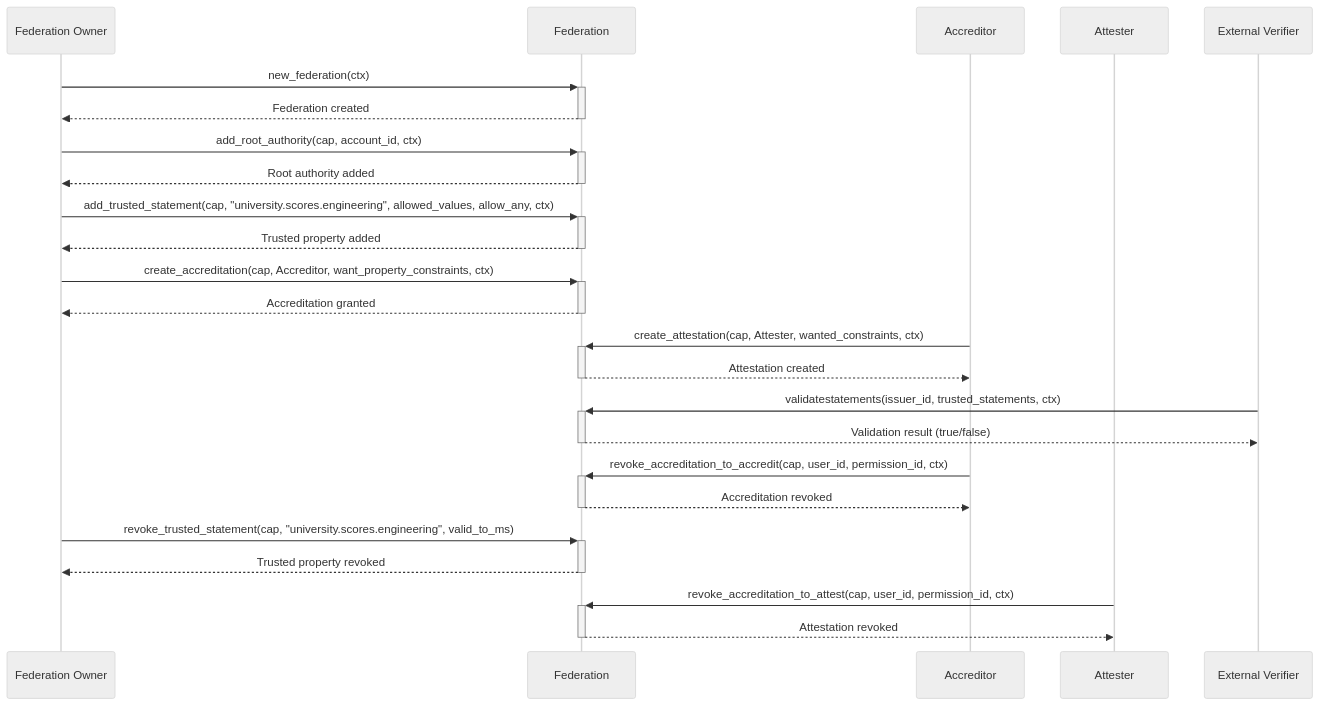
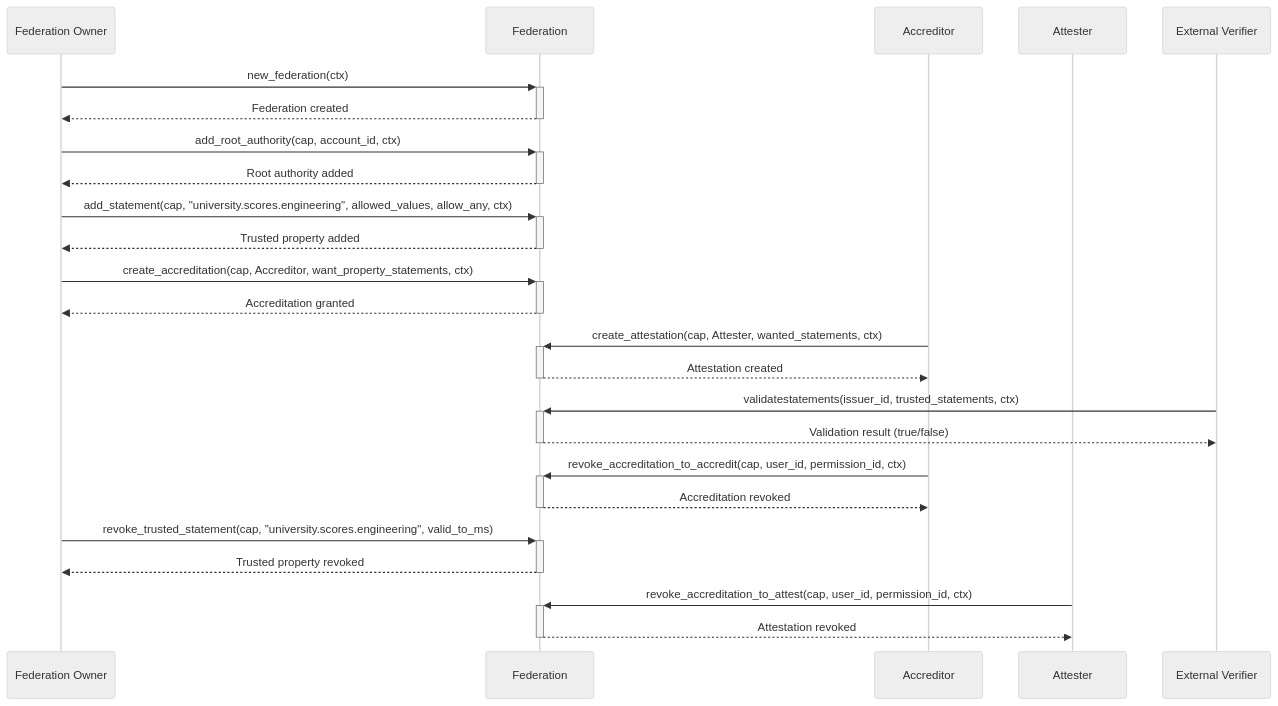
One commit to iotaledger/hierarchies changed the third of 3 diagrams in README.md. Above: the diagram before and after it, drawn with Mermaid (neutral theme). The commit also changed other lines of this file and 23 other files, not shown here.

````diff
--- a/README.md
+++ b/README.md
@@ -259,35 +259,35 @@
 ```mermaid
 sequenceDiagram
     participant FederationOwner as Federation Owner
     participant Federation
     participant Accreditor
     participant Attester
     participant Verifier as External Verifier
 
     FederationOwner->>+Federation: new_federation(ctx)
     Federation-->>-FederationOwner: Federation created
 
     FederationOwner->>+Federation: add_root_authority(cap, account_id, ctx)
     Federation-->>-FederationOwner: Root authority added
 
-    FederationOwner->>+Federation: add_trusted_statement(cap, "university.scores.engineering", allowed_values, allow_any, ctx)
+    FederationOwner->>+Federation: add_statement(cap, "university.scores.engineering", allowed_values, allow_any, ctx)
     Federation-->>-FederationOwner: Trusted property added
 
-    FederationOwner->>+Federation: create_accreditation(cap, Accreditor, want_property_constraints, ctx)
+    FederationOwner->>+Federation: create_accreditation(cap, Accreditor, want_property_statements, ctx)
     Federation-->>-FederationOwner: Accreditation granted
 
-    Accreditor->>+Federation: create_attestation(cap, Attester, wanted_constraints, ctx)
+    Accreditor->>+Federation: create_attestation(cap, Attester, wanted_statements, ctx)
     Federation-->>-Accreditor: Attestation created
 
     Verifier->>+Federation: validatestatements(issuer_id, trusted_statements, ctx)
     Federation-->>-Verifier: Validation result (true/false)
 
     Accreditor->>+Federation: revoke_accreditation_to_accredit(cap, user_id, permission_id, ctx)
     Federation-->>-Accreditor: Accreditation revoked
 
     FederationOwner->>+Federation: revoke_trusted_statement(cap, "university.scores.engineering", valid_to_ms)
     Federation-->>-FederationOwner: Trusted property revoked
 
     Attester->>+Federation: revoke_accreditation_to_attest(cap, user_id, permission_id, ctx)
     Federation-->>-Attester: Attestation revoked
 ```
````
